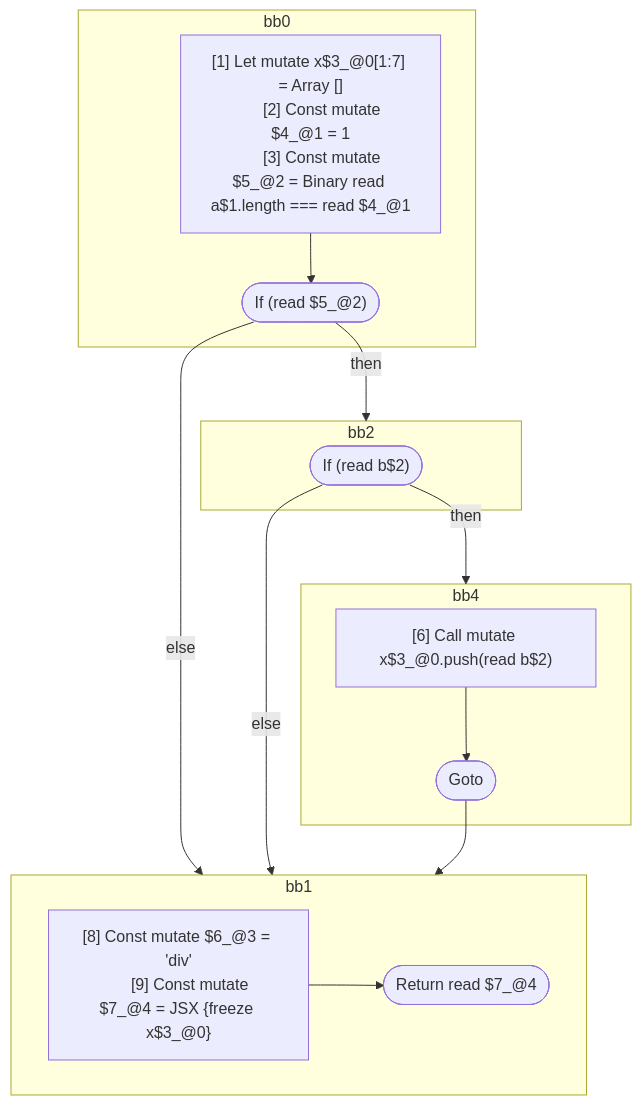
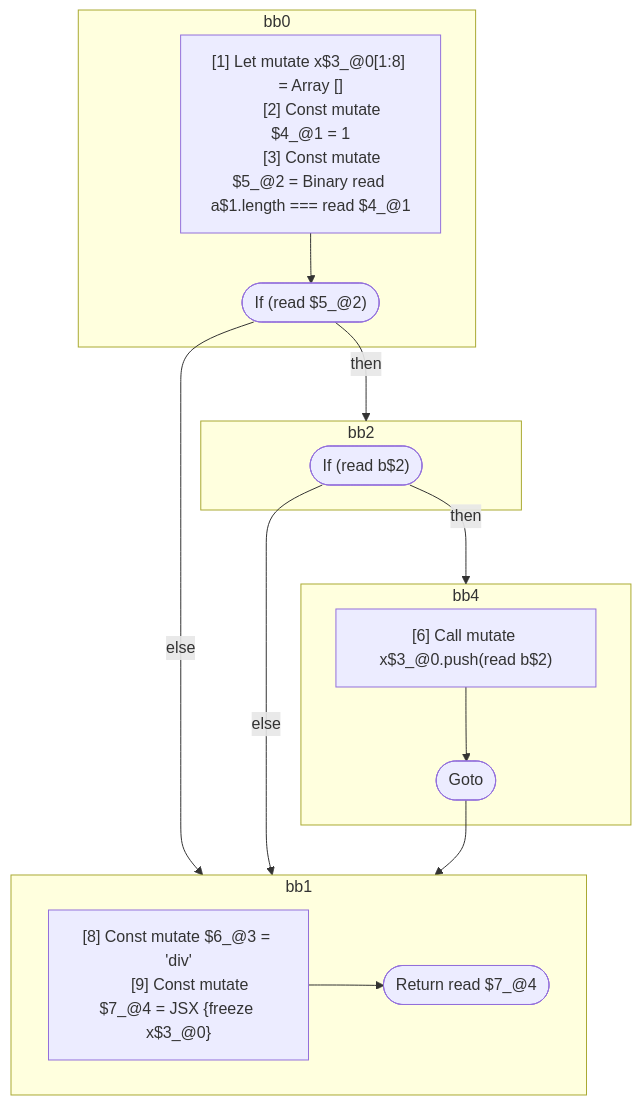
One commit to wutsmog/private changed the diagram in compiler/forget/src/__tests__/fixtures/hir/reactive-scopes.expect.md. Above: the diagram before and after it, drawn with Mermaid. The commit also changed other lines of this file and 26 other files, not shown here.

````diff
--- a/compiler/forget/src/__tests__/fixtures/hir/reactive-scopes.expect.md
+++ b/compiler/forget/src/__tests__/fixtures/hir/reactive-scopes.expect.md
@@ -42,36 +42,36 @@
 ```mermaid
 flowchart TB
   %% Basic Blocks
   subgraph bb0
     bb0_instrs["
-      [1] Let mutate x$3_@0[1:7] = Array []
+      [1] Let mutate x$3_@0[1:8] = Array []
       [2] Const mutate $4_@1 = 1
       [3] Const mutate $5_@2 = Binary read a$1.length === read $4_@1
     "]
     bb0_instrs --> bb0_terminal(["If (read $5_@2)"])
   end
   subgraph bb2
     bb2_terminal(["If (read b$2)"])
   end
   subgraph bb4
     bb4_instrs["
       [6] Call mutate x$3_@0.push(read b$2)
     "]
     bb4_instrs --> bb4_terminal(["Goto"])
   end
   subgraph bb1
     bb1_instrs["
       [8] Const mutate $6_@3 = 'div'
       [9] Const mutate $7_@4 = JSX <read $6_@3>{freeze x$3_@0}</read $6_@3>
     "]
     bb1_instrs --> bb1_terminal(["Return read $7_@4"])
   end
 
   %% Jumps
   bb0_terminal -- "then" --> bb2
   bb0_terminal -- "else" --> bb1
   bb2_terminal -- "then" --> bb4
   bb2_terminal -- "else" --> bb1
   bb4_terminal --> bb1
 
 ```
````
